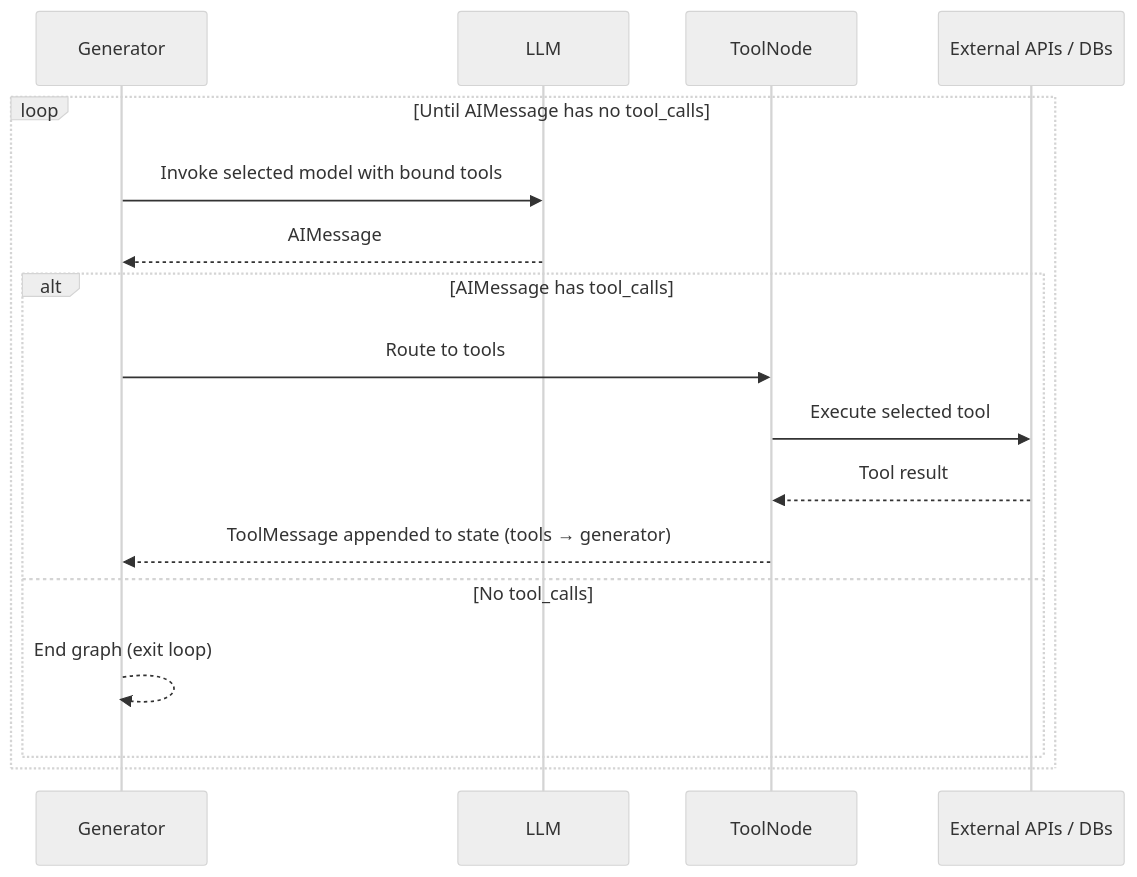
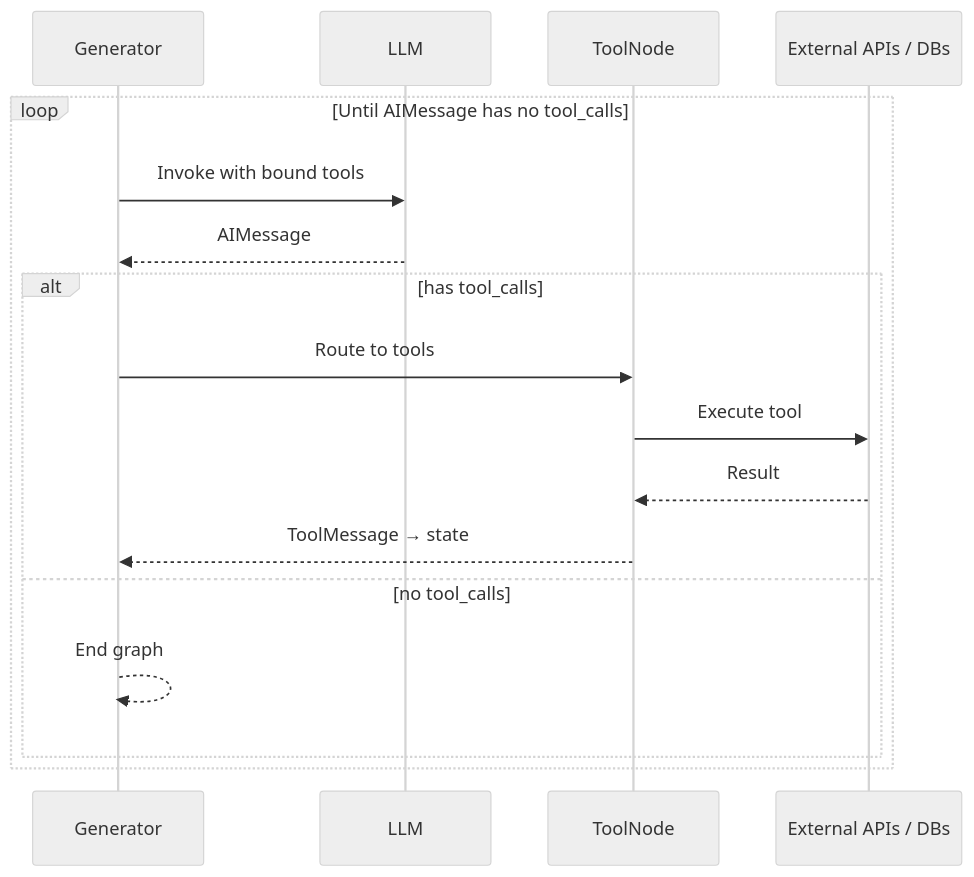
The second of 2 diagrams in README.md (jpjp92/chat-agent), drawn with Mermaid (neutral theme) before and after one commit. The commit also changed other lines of this file and 3 other files, not shown here.

````diff
--- a/README.md
+++ b/README.md
@@ -236,20 +125,20 @@
 ```mermaid
 sequenceDiagram
     participant G as Generator
     participant L as LLM
     participant T as ToolNode
     participant E as External APIs / DBs
 
     loop Until AIMessage has no tool_calls
-        G->>L: Invoke selected model with bound tools
+        G->>L: Invoke with bound tools
         L-->>G: AIMessage
-        alt AIMessage has tool_calls
+        alt has tool_calls
             G->>T: Route to tools
-            T->>E: Execute selected tool
-            E-->>T: Tool result
-            T-->>G: ToolMessage appended to state (tools → generator)
-        else No tool_calls
-            G-->>G: End graph (exit loop)
+            T->>E: Execute tool
+            E-->>T: Result
+            T-->>G: ToolMessage → state
+        else no tool_calls
+            G-->>G: End graph
         end
     end
 ```
````
